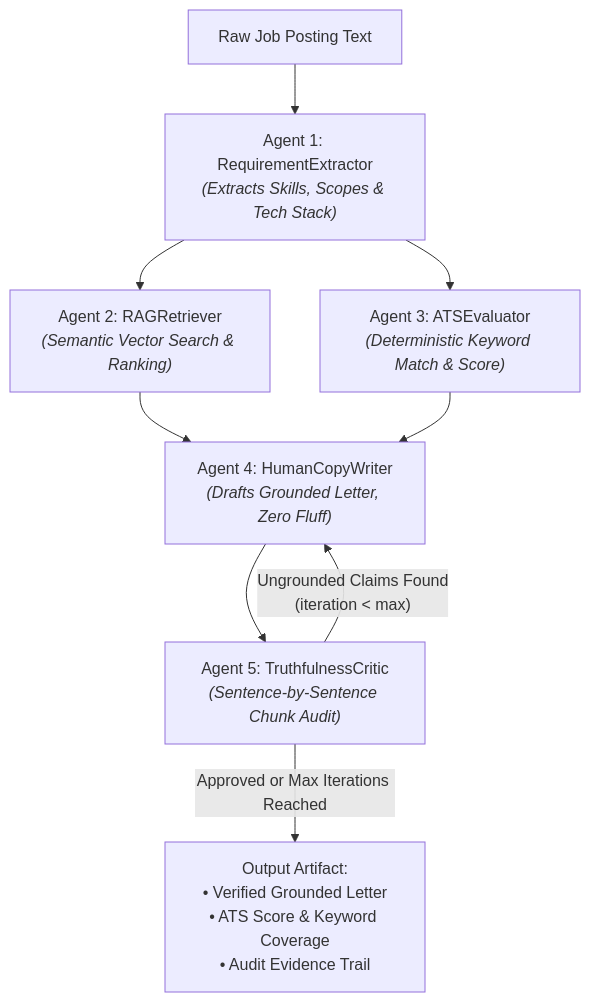
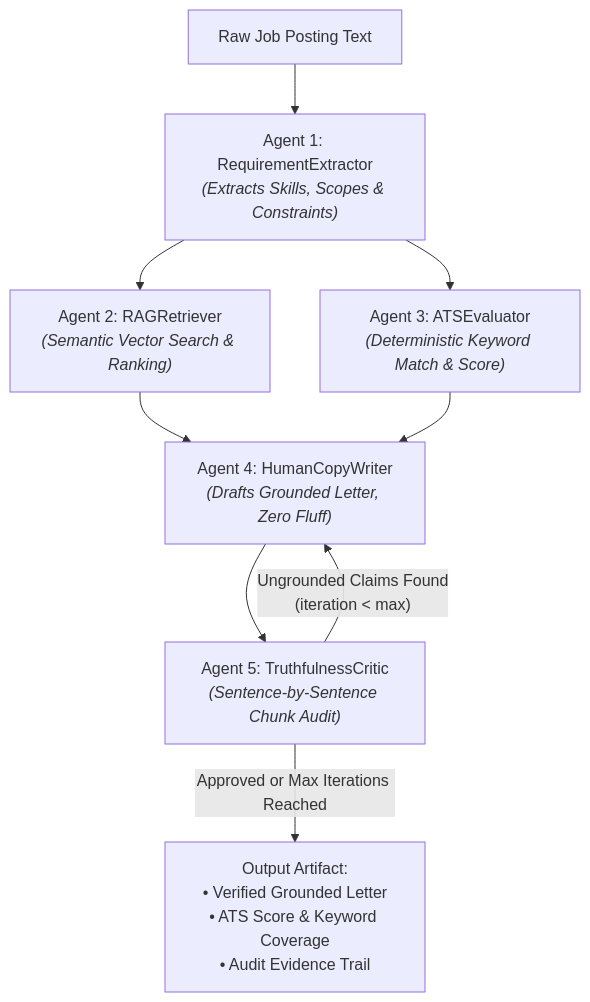
One commit to Tash000/job-fit-ai changed the diagram in README.md. Above: the diagram before and after it, drawn with Mermaid. The commit also changed other lines of this file and 15 other files, not shown here.

````diff
--- a/README.md
+++ b/README.md
@@ -124,11 +125,11 @@
 ```mermaid
 flowchart TD
-    A["Raw Job Posting Text"] --> B["Agent 1: RequirementExtractor<br/><i>(Extracts Skills, Scopes & Tech Stack)</i>"]
+    A["Raw Job Posting Text"] --> B["Agent 1: RequirementExtractor<br/><i>(Extracts Skills, Scopes & Constraints)</i>"]
     B --> C["Agent 2: RAGRetriever<br/><i>(Semantic Vector Search & Ranking)</i>"]
     B --> D["Agent 3: ATSEvaluator<br/><i>(Deterministic Keyword Match & Score)</i>"]
     C --> E["Agent 4: HumanCopyWriter<br/><i>(Drafts Grounded Letter, Zero Fluff)</i>"]
     D --> E
     E --> F["Agent 5: TruthfulnessCritic<br/><i>(Sentence-by-Sentence Chunk Audit)</i>"]
     F -- "Ungrounded Claims Found<br/>(iteration < max)" --> E
     F -- "Approved or Max Iterations Reached" --> G["Output Artifact:<br/>• Verified Grounded Letter<br/>• ATS Score & Keyword Coverage<br/>• Audit Evidence Trail"]
 ```
````
